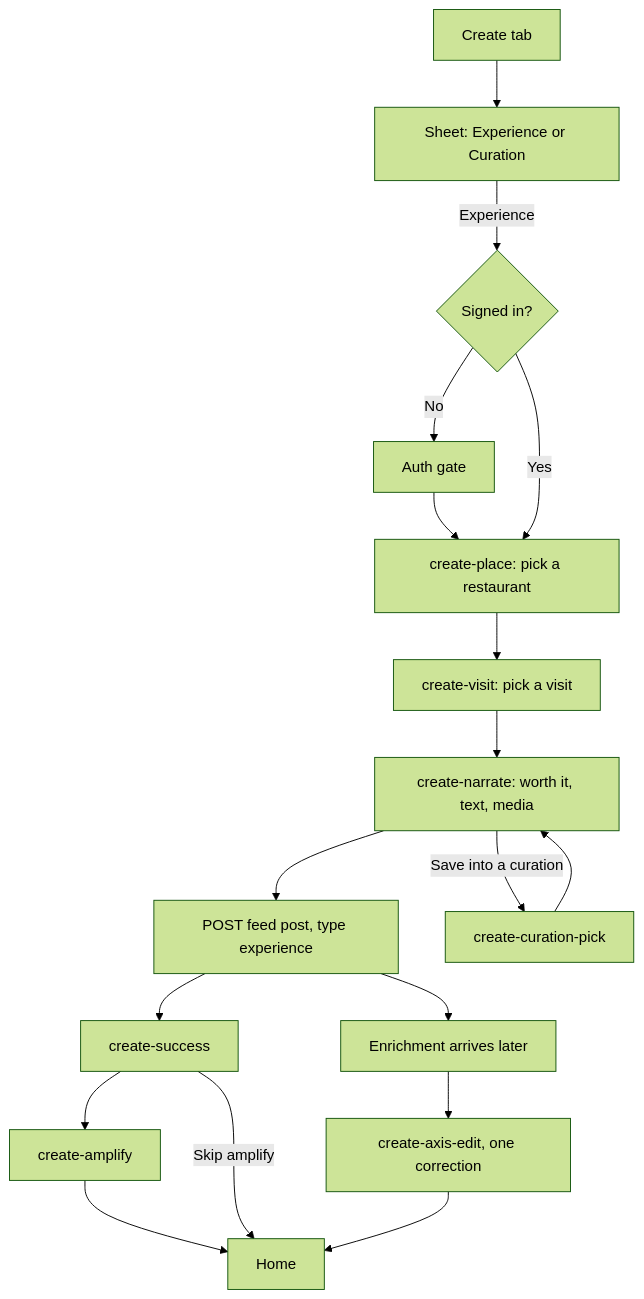
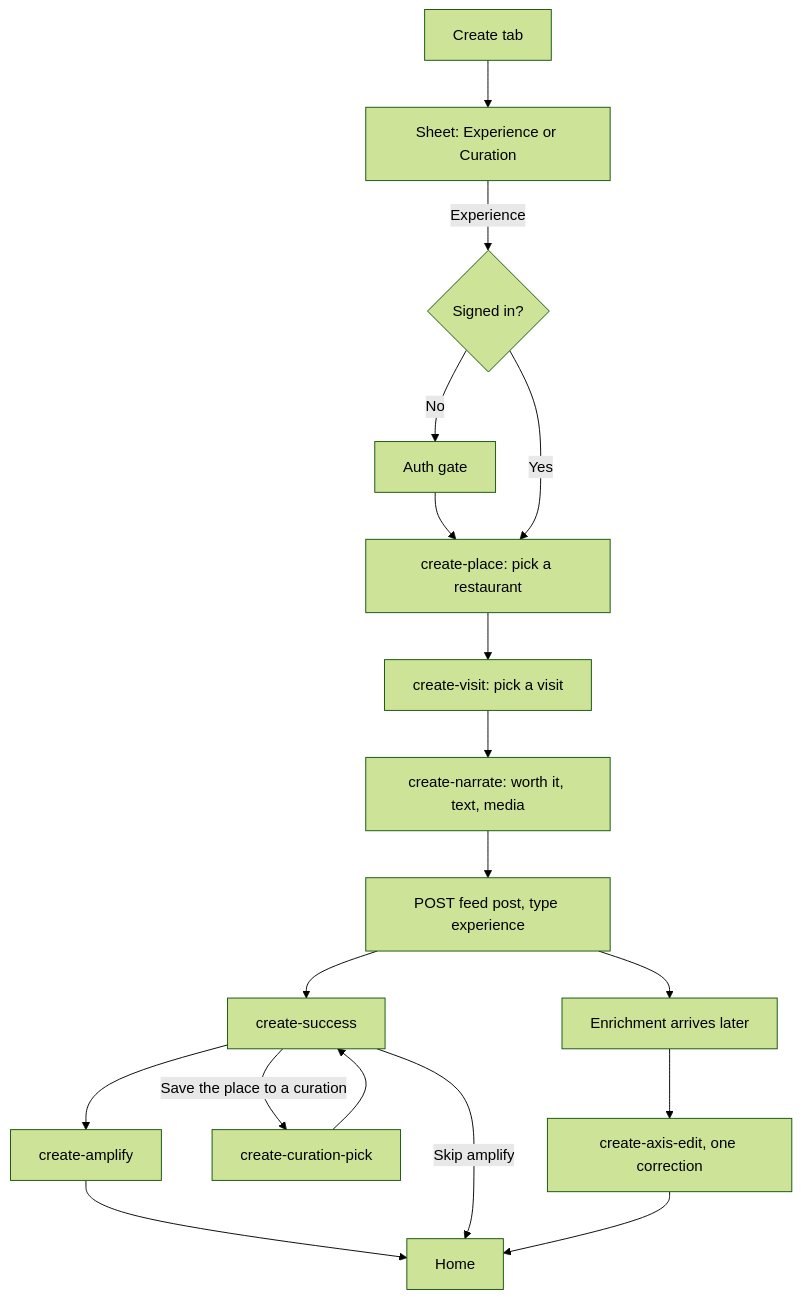
The diagram in product/detail-flows/05-create-experience.md (bawra11/elite-product), drawn with Mermaid (forest theme) before and after one commit. The commit also changed other lines of this file and 3 other files, not shown here.

First line of the commit message:
Detail flows: match the create, curation, post and profile fixes

````diff
--- a/product/detail-flows/05-create-experience.md
+++ b/product/detail-flows/05-create-experience.md
@@ -5,22 +5,22 @@
 ```mermaid
 flowchart TD
   tab["Create tab"] --> sheet["Sheet: Experience or Curation"]
   sheet -->|Experience| gate{Signed in?}
   gate -->|No| auth["Auth gate"]
   auth --> place
   gate -->|Yes| place["create-place: pick a restaurant"]
   place --> visit["create-visit: pick a visit"]
   visit --> narrate["create-narrate: worth it, text, media"]
   narrate --> publish["POST feed post, type experience"]
   publish --> success["create-success"]
   success --> amplify["create-amplify"]
   amplify --> home["Home"]
   success -->|Skip amplify| home
 
-  narrate -->|Save into a curation| pick["create-curation-pick"]
-  pick --> narrate
+  success -->|Save the place to a curation| pick["create-curation-pick"]
+  pick --> success
 
   publish --> enrich["Enrichment arrives later"]
   enrich --> axes["create-axis-edit, one correction"]
   axes --> home
 ```
````
